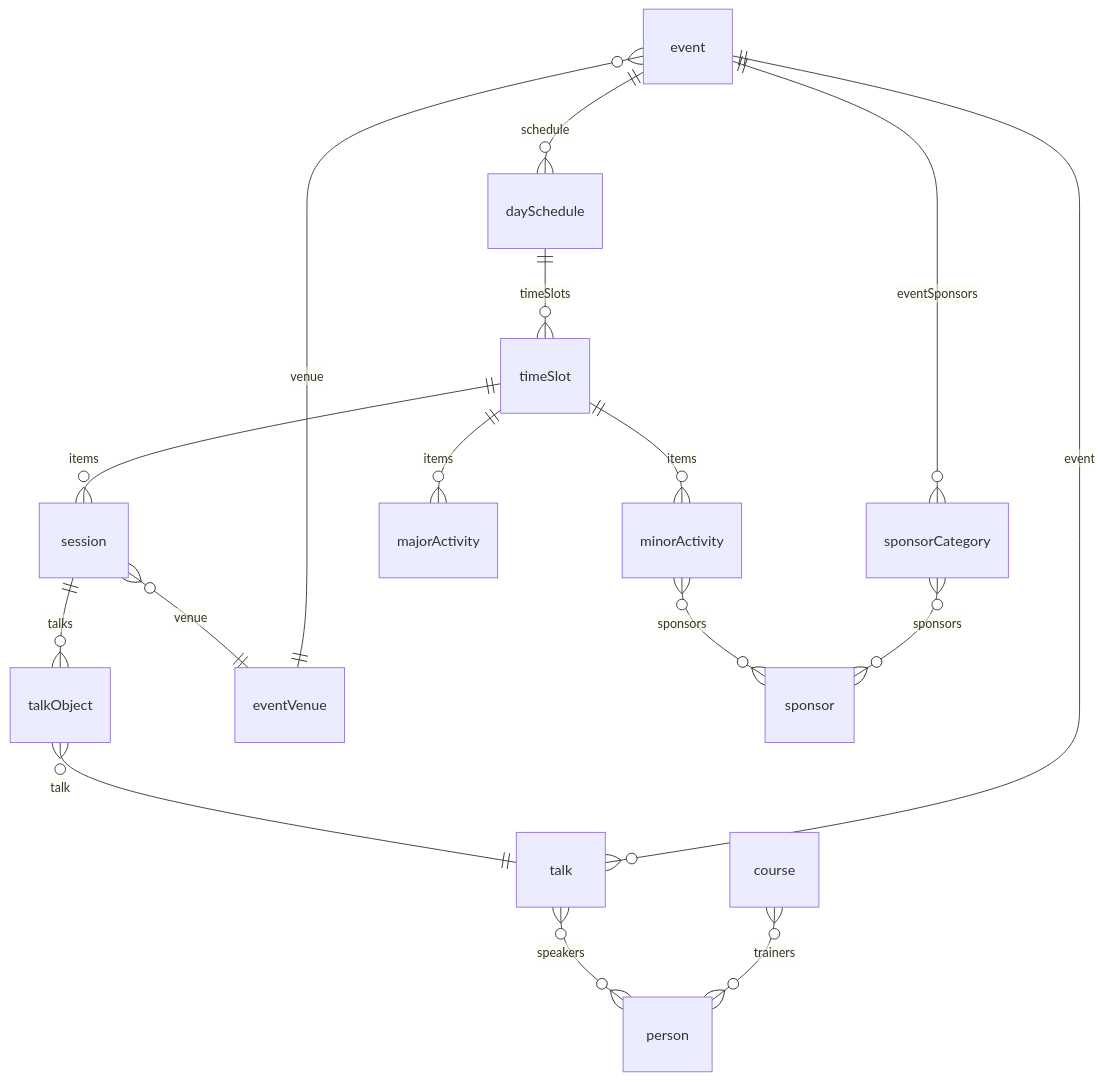
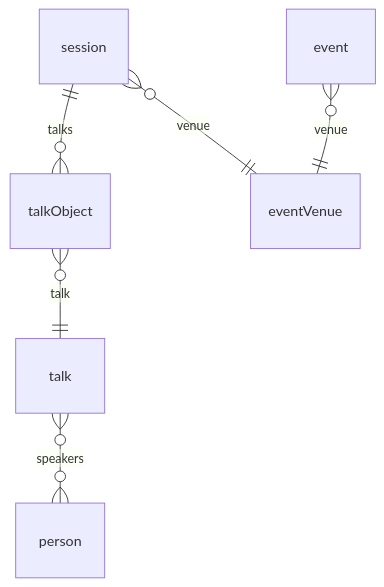
One commit to zarif-al/zarif-portfolio changed the third of 6 diagrams in scripts/seed/content/projects/brightonseo.md. Above: the diagram before and after it, drawn with Mermaid. The commit also changed other lines of this file and 1 other file, not shown here.

Commit message:
docs(projects): rewrite brightonSEO case study with detailed architecture docs

````diff
--- a/scripts/seed/content/projects/brightonseo.md
+++ b/scripts/seed/content/projects/brightonseo.md
@@ -39,18 +59,8 @@
 ```mermaid
 erDiagram
-  event ||--o{ daySchedule : schedule
-  daySchedule ||--o{ timeSlot : timeSlots
-  timeSlot ||--o{ session : items
-  timeSlot ||--o{ minorActivity : items
-  timeSlot ||--o{ majorActivity : items
   session ||--o{ talkObject : talks
   talkObject }o--|| talk : talk
   talk }o--o{ person : speakers
-  talk }o--|| event : event
   session }o--|| eventVenue : venue
   event }o--|| eventVenue : venue
-  minorActivity }o--o{ sponsor : sponsors
-  event ||--o{ sponsorCategory : eventSponsors
-  sponsorCategory }o--o{ sponsor : sponsors
-  course }o--o{ person : trainers
 ```
````
